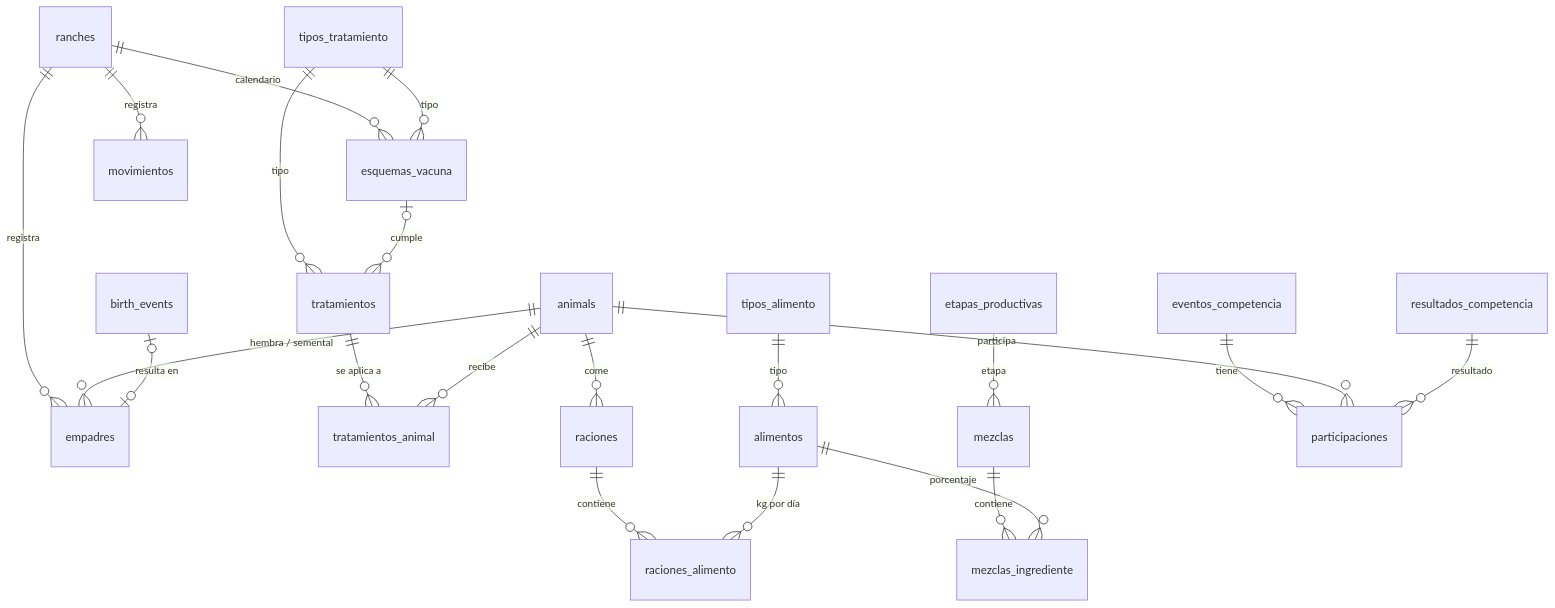
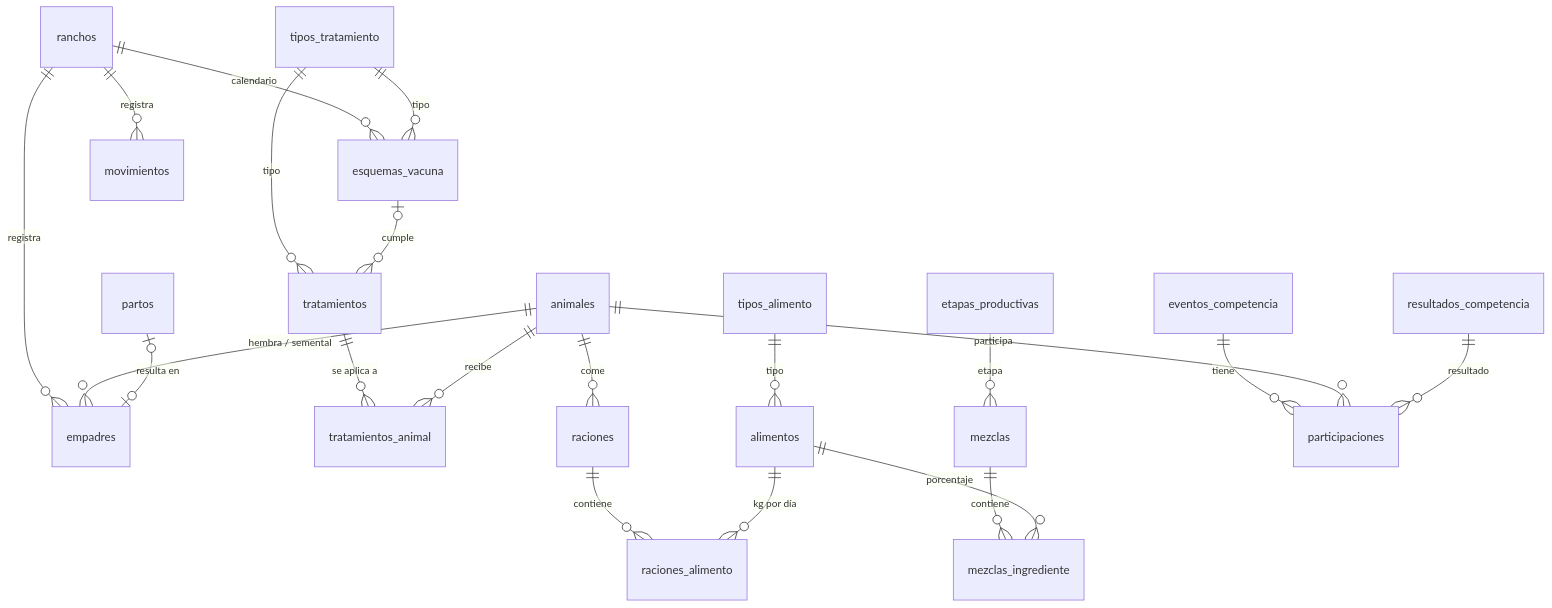
Before and after one commit to Baa-PP/BaaPP-backend: the second of 2 diagrams in docs/DATABASE_DESIGN.md, drawn with Mermaid. The commit also changed other lines of this file and 4 other files, not shown here.

First line of the commit message:
refactor!: use Spanish table and column names across the schema

````diff
--- a/docs/DATABASE_DESIGN.md
+++ b/docs/DATABASE_DESIGN.md
@@ -240,23 +240,23 @@
 ```mermaid
 erDiagram
-    ranches ||--o{ empadres : registra
-    animals ||--o{ empadres : "hembra / semental"
-    birth_events |o--o| empadres : "resulta en"
-    ranches ||--o{ esquemas_vacuna : calendario
+    ranchos ||--o{ empadres : registra
+    animales ||--o{ empadres : "hembra / semental"
+    partos |o--o| empadres : "resulta en"
+    ranchos ||--o{ esquemas_vacuna : calendario
     tipos_tratamiento ||--o{ esquemas_vacuna : tipo
     tipos_tratamiento ||--o{ tratamientos : tipo
     esquemas_vacuna |o--o{ tratamientos : cumple
     tratamientos ||--o{ tratamientos_animal : "se aplica a"
-    animals ||--o{ tratamientos_animal : recibe
+    animales ||--o{ tratamientos_animal : recibe
     tipos_alimento ||--o{ alimentos : tipo
-    animals ||--o{ raciones : come
+    animales ||--o{ raciones : come
     raciones ||--o{ raciones_alimento : contiene
     alimentos ||--o{ raciones_alimento : "kg por día"
     etapas_productivas ||--o{ mezclas : etapa
     mezclas ||--o{ mezclas_ingrediente : contiene
     alimentos ||--o{ mezclas_ingrediente : porcentaje
     eventos_competencia ||--o{ participaciones : tiene
-    animals ||--o{ participaciones : participa
+    animales ||--o{ participaciones : participa
     resultados_competencia ||--o{ participaciones : resultado
-    ranches ||--o{ movimientos : registra
+    ranchos ||--o{ movimientos : registra
 ```
````
